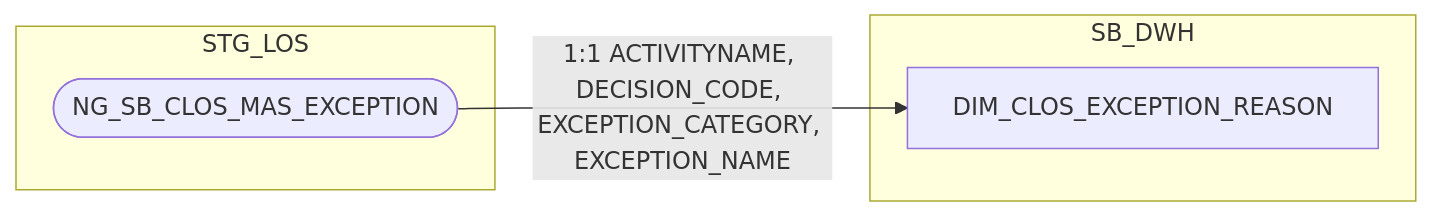
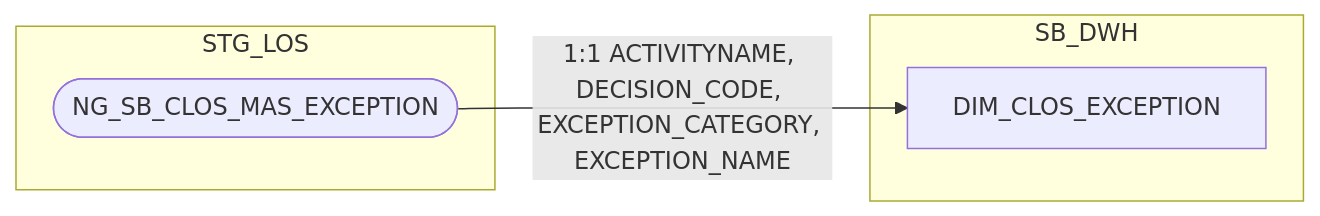
One commit to chien1198/sb-mapping-gen changed the sixth of 13 diagrams in hld/hld_review/HLD_DIM_SB_DWH_review.md. Above: the diagram before and after it, drawn with Mermaid. The commit also changed other lines of this file and 183 other files, not shown here.

````diff
--- a/hld/hld_review/HLD_DIM_SB_DWH_review.md
+++ b/hld/hld_review/HLD_DIM_SB_DWH_review.md
@@ -304,10 +277,10 @@
 ```mermaid
 flowchart LR
     subgraph STG_LOS
         A(["NG_SB_CLOS_MAS_EXCEPTION"])
     end
     subgraph SB_DWH
-        C["DIM_CLOS_EXCEPTION_REASON"]
+        C["DIM_CLOS_EXCEPTION"]
     end
     A -->|1:1 ACTIVITYNAME, DECISION_CODE, EXCEPTION_CATEGORY, EXCEPTION_NAME| C
 ```
````
